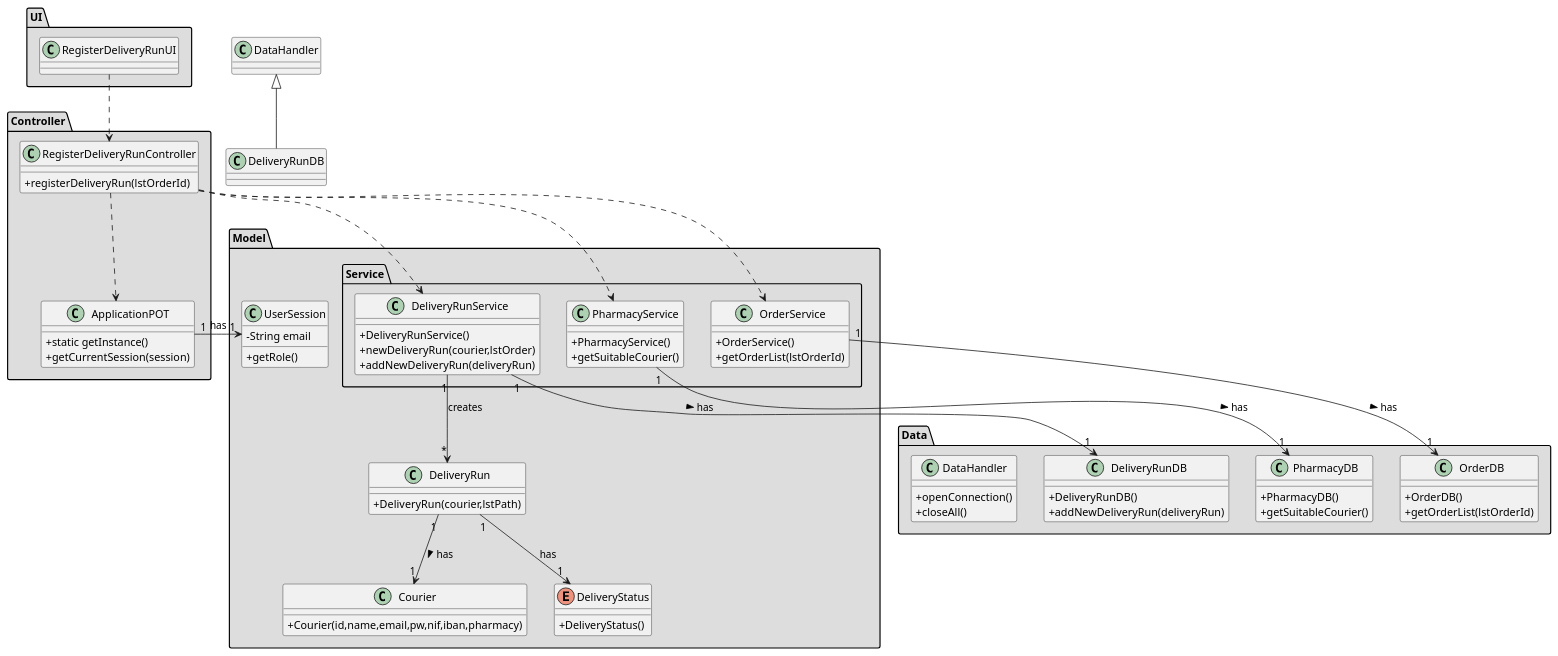
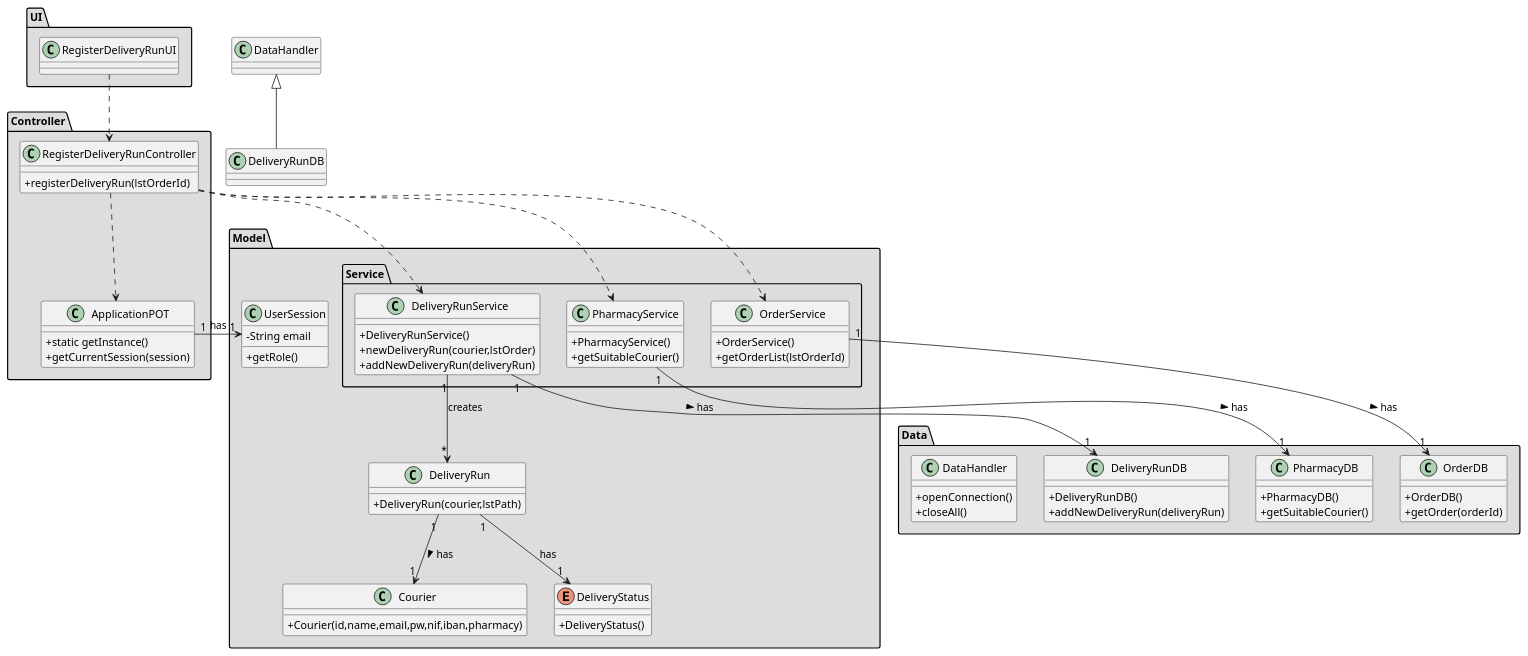
The diagram in docs/Iteration 2/Delivery Management/US206_RegisterDeliveryRun/US206_CD.puml (tiagoavcosta25/LAPR3), drawn with PlantUML before and after one commit. The commit also changed 10 other files, not shown here.

```diff
--- a/docs/Iteration 2/Delivery Management/US206_RegisterDeliveryRun/US206_CD.puml
+++ b/docs/Iteration 2/Delivery Management/US206_RegisterDeliveryRun/US206_CD.puml
@@ -1,120 +1,120 @@
 @startuml
 skinparam classAttributeIconSize 0
 
 
 package "Controller" #DDDDDD {
 class ApplicationPOT
 {
   +static getInstance()
   +getCurrentSession(session)
 }
 }
 
 package "Data" #DDDDDD {
 
 class DeliveryRunDB {
 +DeliveryRunDB()
 +addNewDeliveryRun(deliveryRun)
 }
 
 class PharmacyDB {
 +PharmacyDB()
 +getSuitableCourier()
 }
 
 class OrderDB {
 +OrderDB()
-+getOrderList(lstOrderId)
++getOrder(orderId)
 }
 
 class DataHandler{
 +openConnection()
 +closeAll()
 }
 
 }
 
 package "UI" #DDDDDD {
 class RegisterDeliveryRunUI{
 
 }
 
 
 
 }
 
 
 package "Controller" #DDDDDD {
 class RegisterDeliveryRunController{
 +registerDeliveryRun(lstOrderId)
 }
 }
 
 
 package "Model" #DDDDDD {
 
 
 class Courier{
 +Courier(id,name,email,pw,nif,iban,pharmacy)
 }
 
 class DeliveryRun{
 +DeliveryRun(courier,lstPath)
 }
 
 }
 
 package "Model" #DDDDDD {
 class UserSession{
 -String email
 +getRole()
 }
 
 package "Service" #DDDDDD {
 
 
 class DeliveryRunService {
 +DeliveryRunService()
 +newDeliveryRun(courier,lstOrder)
 +addNewDeliveryRun(deliveryRun)
 }
 
 class PharmacyService {
 +PharmacyService()
 +getSuitableCourier()
 }
 
 class OrderService {
 +OrderService()
 +getOrderList(lstOrderId)
 }
 
 }
 
 enum DeliveryStatus{
 +DeliveryStatus()
 }
 }
 
 
 
 
 
 
 RegisterDeliveryRunUI ..> RegisterDeliveryRunController
 RegisterDeliveryRunController ..> DeliveryRunService
 RegisterDeliveryRunController ..> ApplicationPOT
 RegisterDeliveryRunController ..> PharmacyService
 RegisterDeliveryRunController ..> OrderService
 OrderService "1" --> "1" OrderDB : has >
 PharmacyService "1" --> "1" PharmacyDB : has >
 DeliveryRunService "1" --> "1" DeliveryRunDB : has >
 DeliveryRun "1" --> "1" Courier : has >
 DeliveryRun "1" --> "1" DeliveryStatus : has
 
 DeliveryRunService "1" --> "*" DeliveryRun : creates
 
 class DeliveryRunDB extends DataHandler
 ApplicationPOT "1" -> "1" UserSession : has
 
 @enduml
```
